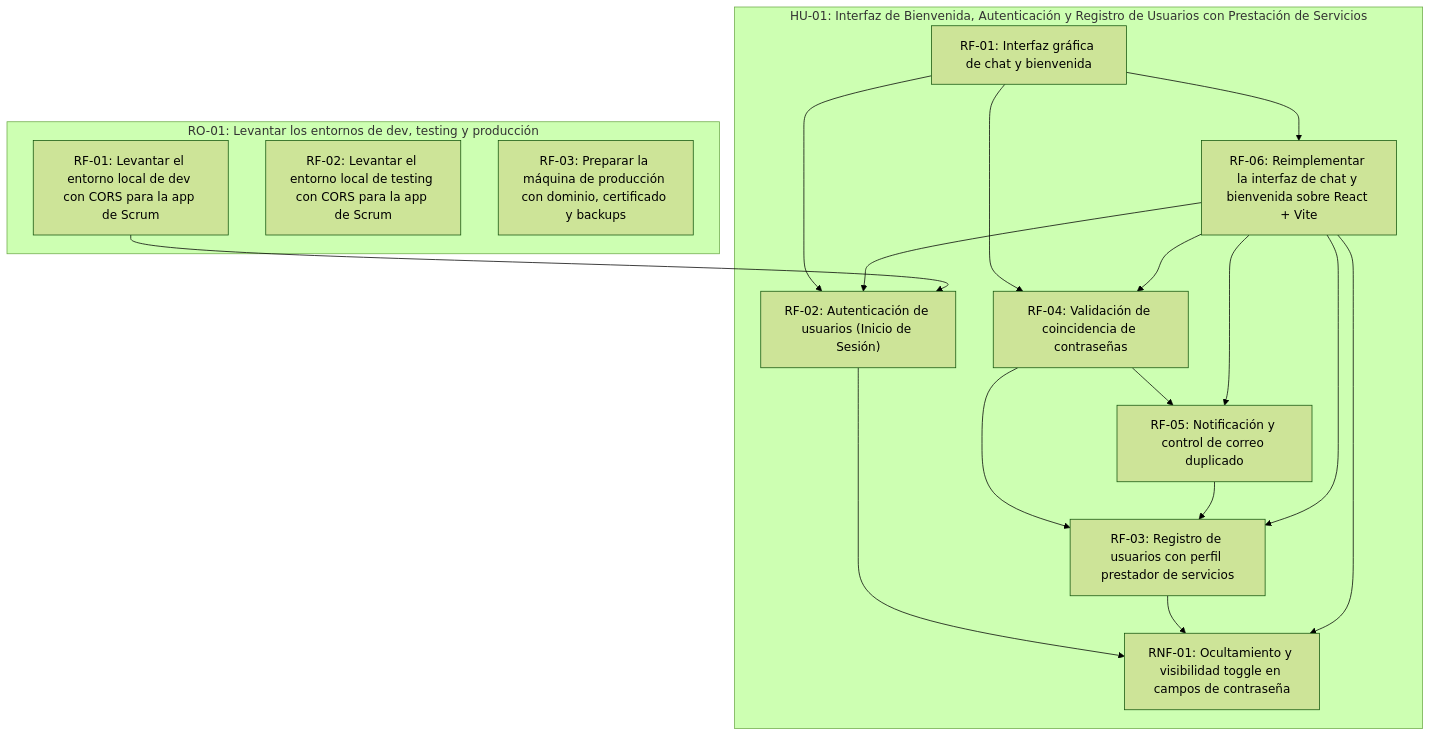
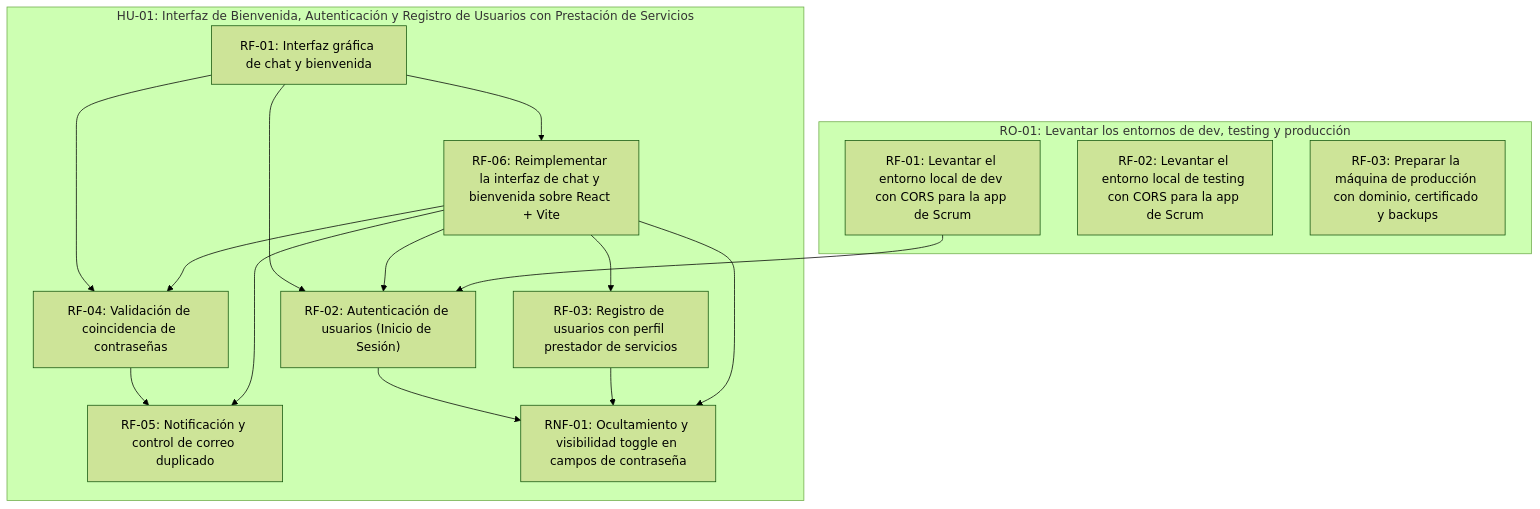
The diagram in scrumDocs/grafo.md (fiemcasals/refactoryProfesionales), drawn with Mermaid (forest theme) before and after one commit. The commit also changed other lines of this file, not shown here.

Commit message:
Auto-publish: actualiza scrumDocs/grafo.md

````diff
--- a/scrumDocs/grafo.md
+++ b/scrumDocs/grafo.md
@@ -5,31 +5,29 @@
 ```mermaid
 graph TD
   subgraph US_1785510643692["HU-01: Interfaz de Bienvenida, Autenticación y Registro de Usuarios con Prestación de Servicios"]
     REQ_1785771199977["RF-01: Interfaz gráfica de chat y bienvenida"]
     REQ_1785771214294["RF-02: Autenticación de usuarios (Inicio de Sesión)"]
     REQ_1785771214393["RF-03: Registro de usuarios con perfil prestador de servicios"]
     REQ_1785771214462["RF-04: Validación de coincidencia de contraseñas"]
     REQ_1785771214528["RF-05: Notificación y control de correo duplicado"]
     REQ_1785771214595["RNF-01: Ocultamiento y visibilidad toggle en campos de contraseña"]
     REQ_1790685849827["RF-06: Reimplementar la interfaz de chat y bienvenida sobre React + Vite"]
   end
   subgraph US_1790688869961["RO-01: Levantar los entornos de dev, testing y producción"]
     REQ_1790688869968["RF-01: Levantar el entorno local de dev con CORS para la app de Scrum"]
     REQ_1790688952068["RF-02: Levantar el entorno local de testing con CORS para la app de Scrum"]
     REQ_1790688965165["RF-03: Preparar la máquina de producción con dominio, certificado y backups"]
   end
   REQ_1785771199977 --> REQ_1785771214294
   REQ_1790685849827 --> REQ_1785771214294
   REQ_1790688869968 --> REQ_1785771214294
-  REQ_1785771214462 --> REQ_1785771214393
-  REQ_1785771214528 --> REQ_1785771214393
   REQ_1790685849827 --> REQ_1785771214393
   REQ_1785771199977 --> REQ_1785771214462
   REQ_1790685849827 --> REQ_1785771214462
   REQ_1785771214462 --> REQ_1785771214528
   REQ_1790685849827 --> REQ_1785771214528
   REQ_1785771214294 --> REQ_1785771214595
   REQ_1785771214393 --> REQ_1785771214595
   REQ_1790685849827 --> REQ_1785771214595
   REQ_1785771199977 --> REQ_1790685849827
 ```
````
